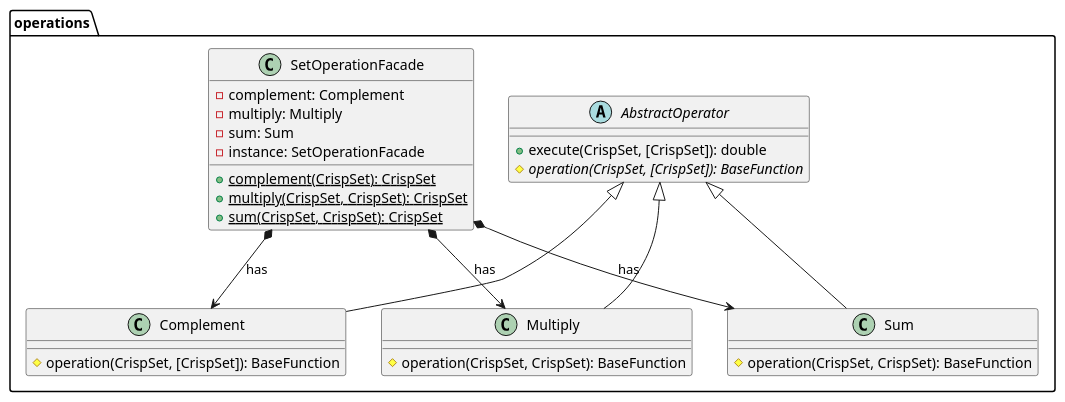
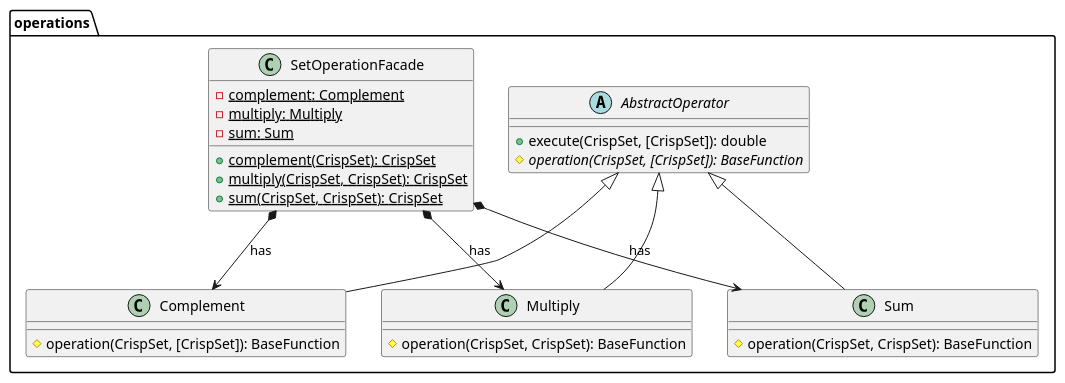
Before and after one commit to kambed/Computer-Recognition-Systems: the fifth of 6 diagrams in task2/README.md, drawn with PlantUML. The commit also changed other lines of this file, not shown here.

Commit message:
Remove instance

````diff
--- a/task2/README.md
+++ b/task2/README.md
@@ -145,30 +144,29 @@
 ```plantuml
 package operations {
     abstract class AbstractOperator {
         + execute(CrispSet, [CrispSet]): double
         # {abstract} operation(CrispSet, [CrispSet]): BaseFunction
     }
     class Complement extends AbstractOperator {
         # operation(CrispSet, [CrispSet]): BaseFunction
     }
     class Multiply extends AbstractOperator {
         # operation(CrispSet, CrispSet): BaseFunction
     }
     class Sum extends AbstractOperator {
         # operation(CrispSet, CrispSet): BaseFunction
     }
     
     class SetOperationFacade {
-        - complement: Complement
-        - multiply: Multiply
-        - sum: Sum
-        - instance: SetOperationFacade
+        - {static} complement: Complement
+        - {static} multiply: Multiply
+        - {static} sum: Sum
         + {static} complement(CrispSet): CrispSet
         + {static} multiply(CrispSet, CrispSet): CrispSet
         + {static} sum(CrispSet, CrispSet): CrispSet
     }
     SetOperationFacade *--> Complement: has
     SetOperationFacade *--> Multiply: has
     SetOperationFacade *--> Sum: has
 }
 ```
````
